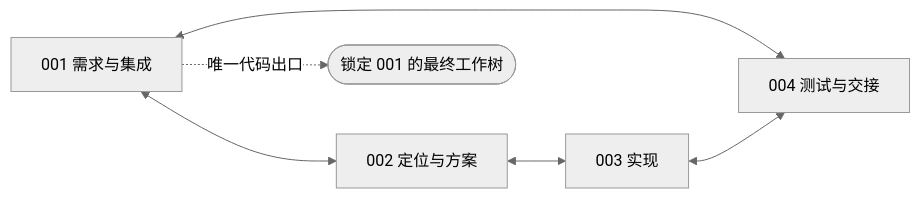
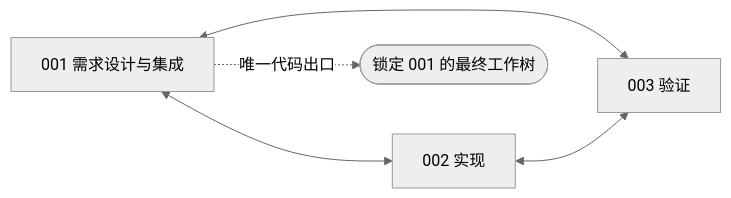
One commit to haoyueliuzhao/ProWorkSim changed the second of 6 diagrams in docs/experiments/software-fixed-organization-v065-review.md. Above: the diagram before and after it, drawn with Mermaid (neutral theme). The commit also changed other lines of this file and 76 other files, not shown here.

````diff
--- a/docs/experiments/software-fixed-organization-v065-review.md
+++ b/docs/experiments/software-fixed-organization-v065-review.md
@@ -43,13 +47,11 @@
 ```mermaid
 flowchart LR
-    M1["001 需求与集成"]
-    M2["002 定位与方案"]
-    M3["003 实现"]
-    M4["004 测试与交接"]
+    M1["001 需求设计与集成"]
+    M2["002 实现"]
+    M3["003 验证"]
     M1 <--> M2
-    M1 <--> M4
+    M1 <--> M3
     M2 <--> M3
-    M3 <--> M4
     E(["锁定 001 的最终工作树"])
     M1 -.->|唯一代码出口| E
 ```
````
